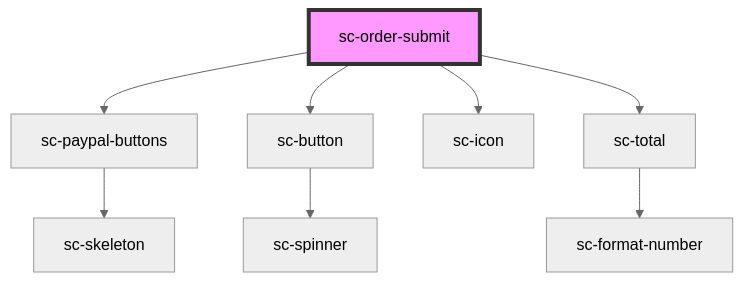
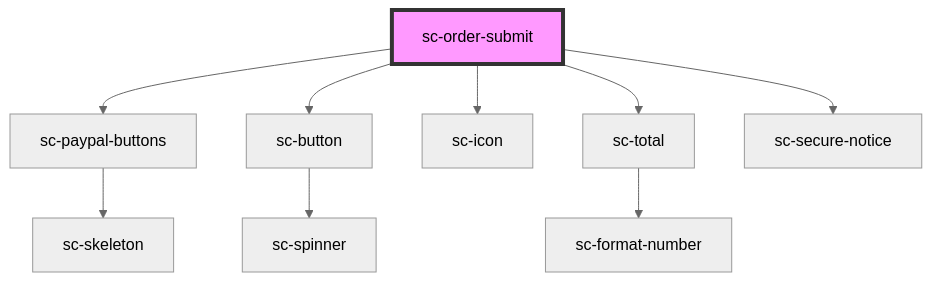
Before and after one commit to surecart/surecart-wp-plugin: the diagram in packages/components/src/components/controllers/checkout-form/order-submit/readme.md, drawn with Mermaid (neutral theme). The commit also changed other lines of this file and 3 other files, not shown here.

````diff
--- a/packages/components/src/components/controllers/checkout-form/order-submit/readme.md
+++ b/packages/components/src/components/controllers/checkout-form/order-submit/readme.md
@@ -37,11 +40,12 @@
 ```mermaid
 graph TD;
   sc-order-submit --> sc-paypal-buttons
   sc-order-submit --> sc-button
   sc-order-submit --> sc-icon
   sc-order-submit --> sc-total
+  sc-order-submit --> sc-secure-notice
   sc-paypal-buttons --> sc-skeleton
   sc-button --> sc-spinner
   sc-total --> sc-format-number
   style sc-order-submit fill:#f9f,stroke:#333,stroke-width:4px
 ```
````
